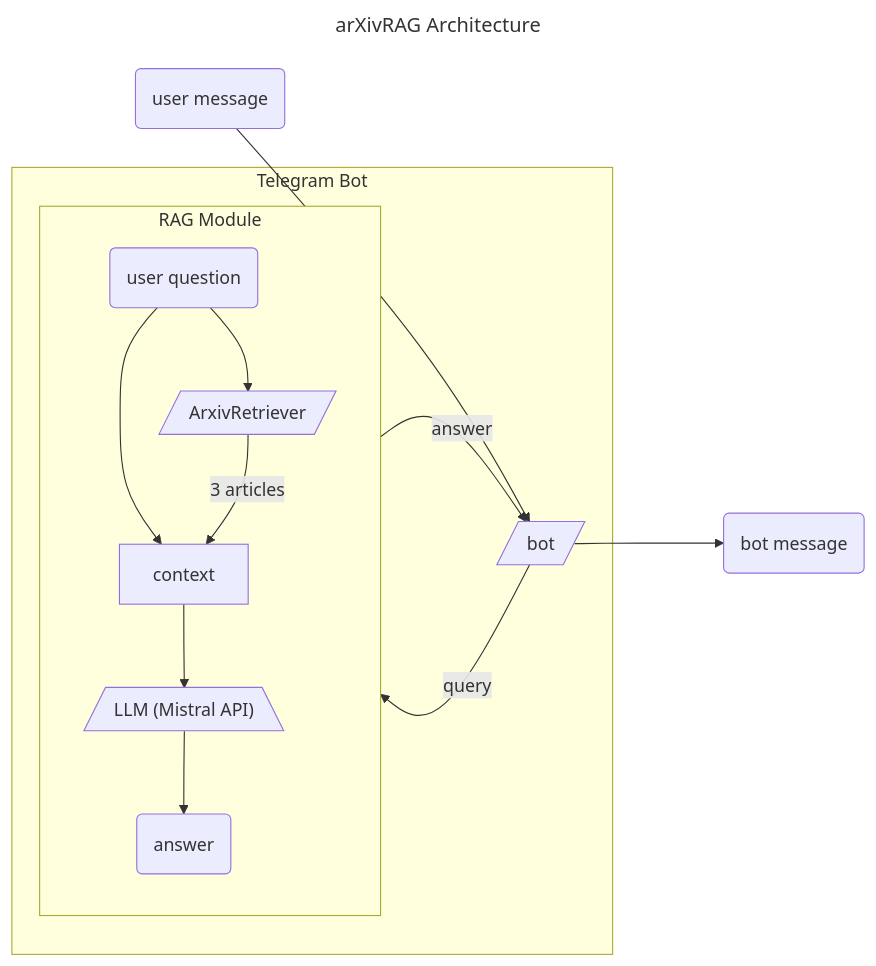
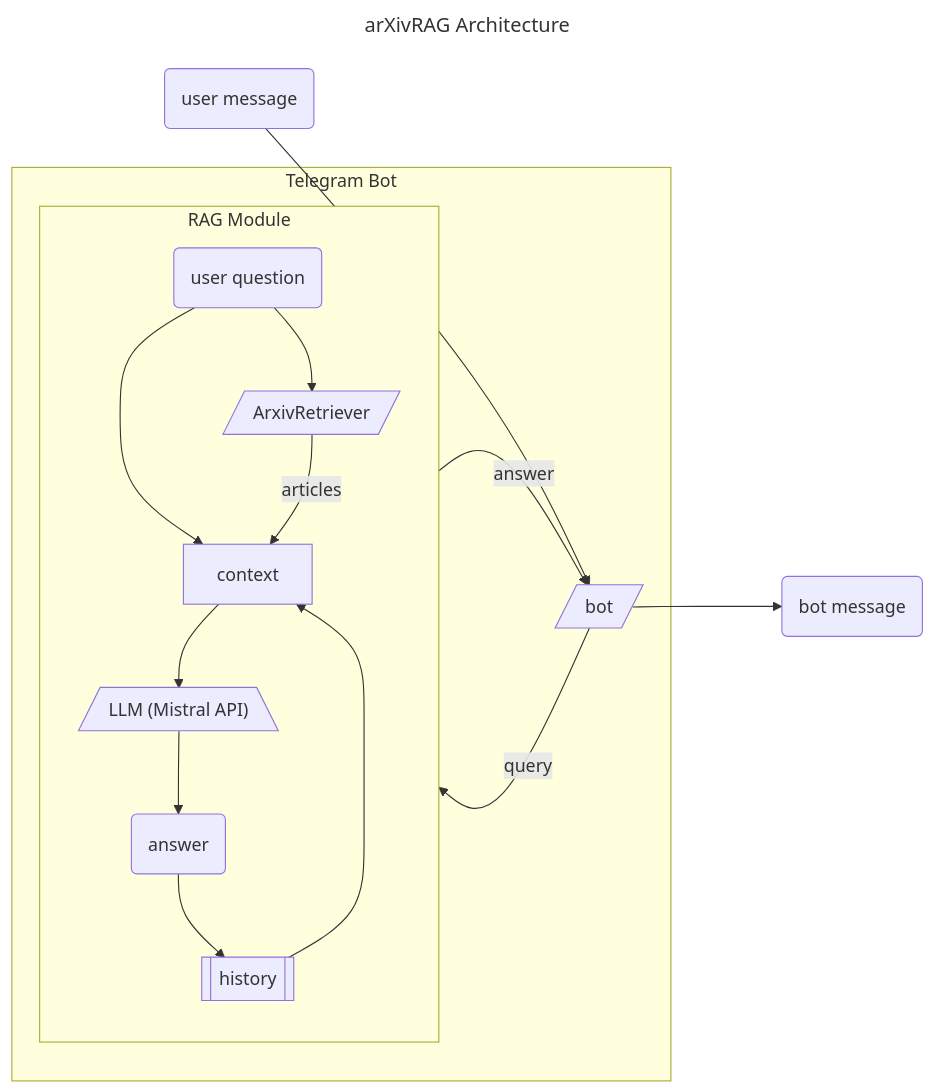
One commit to BunnyNoBugs/arxiv-rag changed the diagram in README.md. Above: the diagram before and after it, drawn with Mermaid.

Commit message:
add history to architecture diagram

````diff
--- a/README.md
+++ b/README.md
@@ -28,33 +28,37 @@
 ```mermaid
 ---
 title: arXivRAG Architecture
 ---
 flowchart LR
     user_message("user message")
     bot_message("bot message")
     
     subgraph Telegram Bot
         bot[/bot/]
         
         subgraph rag[RAG Module]
             direction TB
             retriever[/ArxivRetriever/]
             context
             query(user question)
             llm[/"LLM (Mistral API)"\]
             answer(answer)
+            history[[history]]
+            
             query --> retriever
             query --> context
         %%    todo: check the number of articles
-            retriever -- 3 articles --> context
+            retriever -- articles --> context
             context --> llm
             llm --> answer
+            answer --> history
+            history --> context
         end
     end 
     
     user_message --> bot
     bot --query--> rag
     rag --answer--> bot
     bot ---> bot_message
 %%todo: add docker
 ```
````
